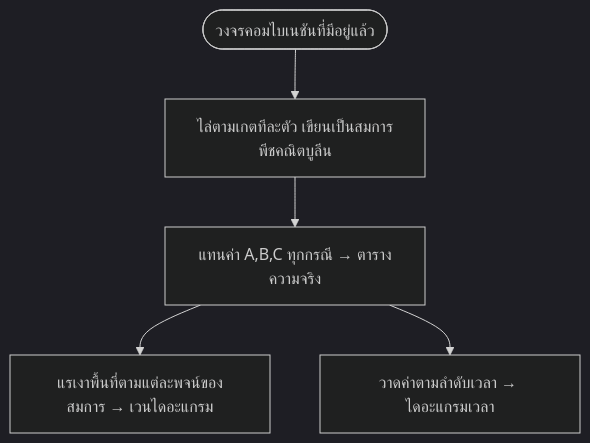
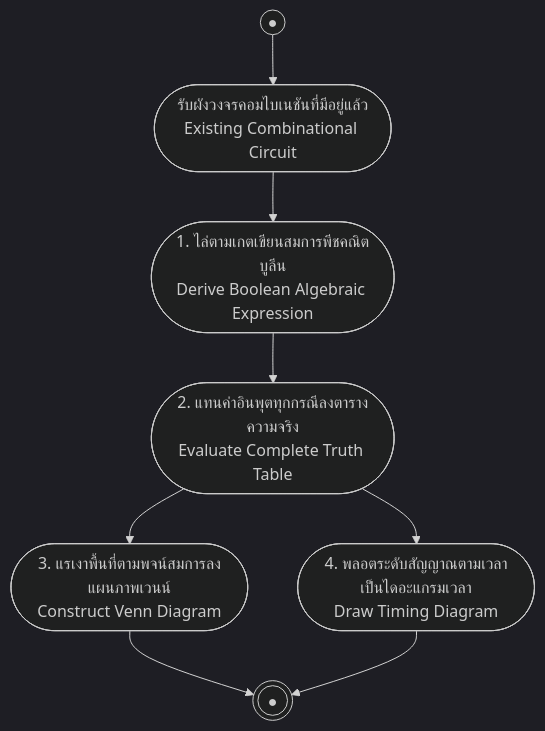
The diagram in 01_Lectures/Week5/Combinational-Circuit-Analysis.md (PhuriphatTyPeZ3r0/Course-1322201-Digital-Logic-Design-2026), drawn with Mermaid (dark theme) before and after one commit. The commit also changed 18 other files, not shown here.

Commit message:
refactor: standardize diagrams to UML specifications across notes and templates

````diff
--- a/01_Lectures/Week5/Combinational-Circuit-Analysis.md
+++ b/01_Lectures/Week5/Combinational-Circuit-Analysis.md
@@ -52,7 +52,10 @@
 ```mermaid
 flowchart TD
-    Circuit(["วงจรคอมไบเนชันที่มีอยู่แล้ว"]) --> Eq["ไล่ตามเกตทีละตัว เขียนเป็นสมการพีชคณิตบูลีน"]
-    Eq --> Table["แทนค่า A,B,C ทุกกรณี → ตารางความจริง"]
-    Table --> Venn["แรเงาพื้นที่ตามแต่ละพจน์ของสมการ → เวนไดอะแกรม"]
-    Table --> Timing["วาดค่าตามลำดับเวลา → ไดอะแกรมเวลา"]
+    Start((●)) --> Circuit([รับผังวงจรคอมไบเนชันที่มีอยู่แล้ว<br>Existing Combinational Circuit])
+    Circuit --> Eq([1. ไล่ตามเกตเขียนสมการพีชคณิตบูลีน<br>Derive Boolean Algebraic Expression])
+    Eq --> Table([2. แทนค่าอินพุตทุกกรณีลงตารางความจริง<br>Evaluate Complete Truth Table])
+    Table --> Venn([3. แรเงาพื้นที่ตามพจน์สมการลงแผนภาพเวนน์<br>Construct Venn Diagram])
+    Table --> Timing([4. พลอตระดับสัญญาณตามเวลาเป็นไดอะแกรมเวลา<br>Draw Timing Diagram])
+    Venn --> EndNode(((●)))
+    Timing --> EndNode
 ```
````
